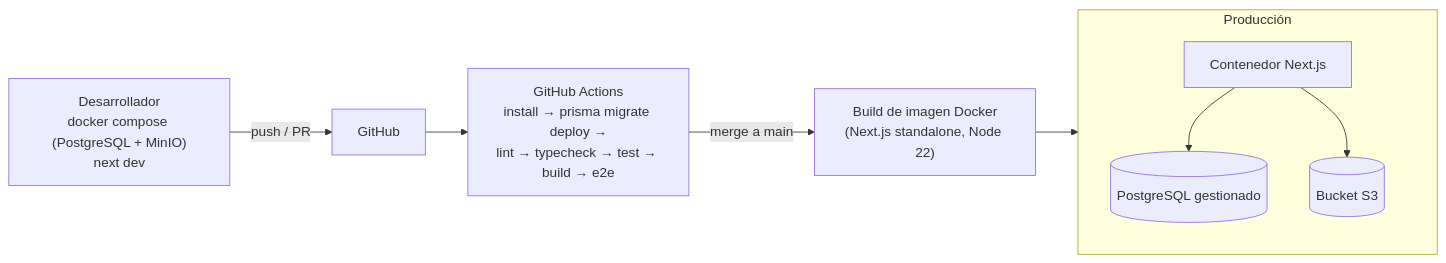
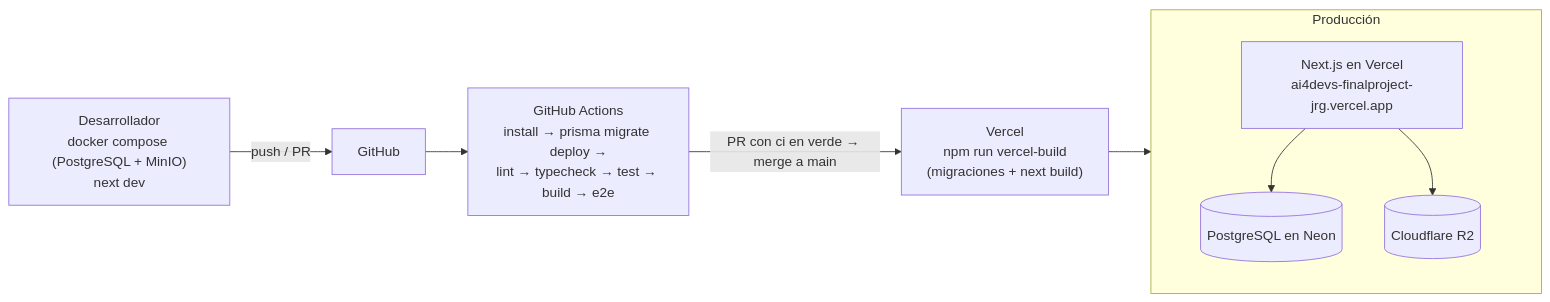
Before and after one commit to Morius2100/AI4Devs-finalproject: the third of 4 diagrams in readme.md, drawn with Mermaid. The commit also changed other lines of this file and 1 other file, not shown here.

````diff
--- a/readme.md
+++ b/readme.md
@@ -284,15 +319,15 @@
 ```mermaid
 flowchart LR
     Dev["Desarrollador<br/>docker compose (PostgreSQL + MinIO)<br/>next dev"] -->|push / PR| GH["GitHub"]
     GH --> CI["GitHub Actions<br/>install → prisma migrate deploy →<br/>lint → typecheck → test → build → e2e"]
-    CI -->|merge a main| CD["Build de imagen Docker<br/>(Next.js standalone, Node 22)"]
+    CI -->|PR con ci en verde → merge a main| CD["Vercel<br/>npm run vercel-build<br/>(migraciones + next build)"]
     CD --> Prod
 
     subgraph Prod["Producción"]
-        APP["Contenedor Next.js"]
-        PDB[("PostgreSQL gestionado")]
-        BKT[("Bucket S3")]
+        APP["Next.js en Vercel<br/>ai4devs-finalproject-jrg.vercel.app"]
+        PDB[("PostgreSQL en Neon")]
+        BKT[("Cloudflare R2")]
         APP --> PDB
         APP --> BKT
     end
 ```
````
